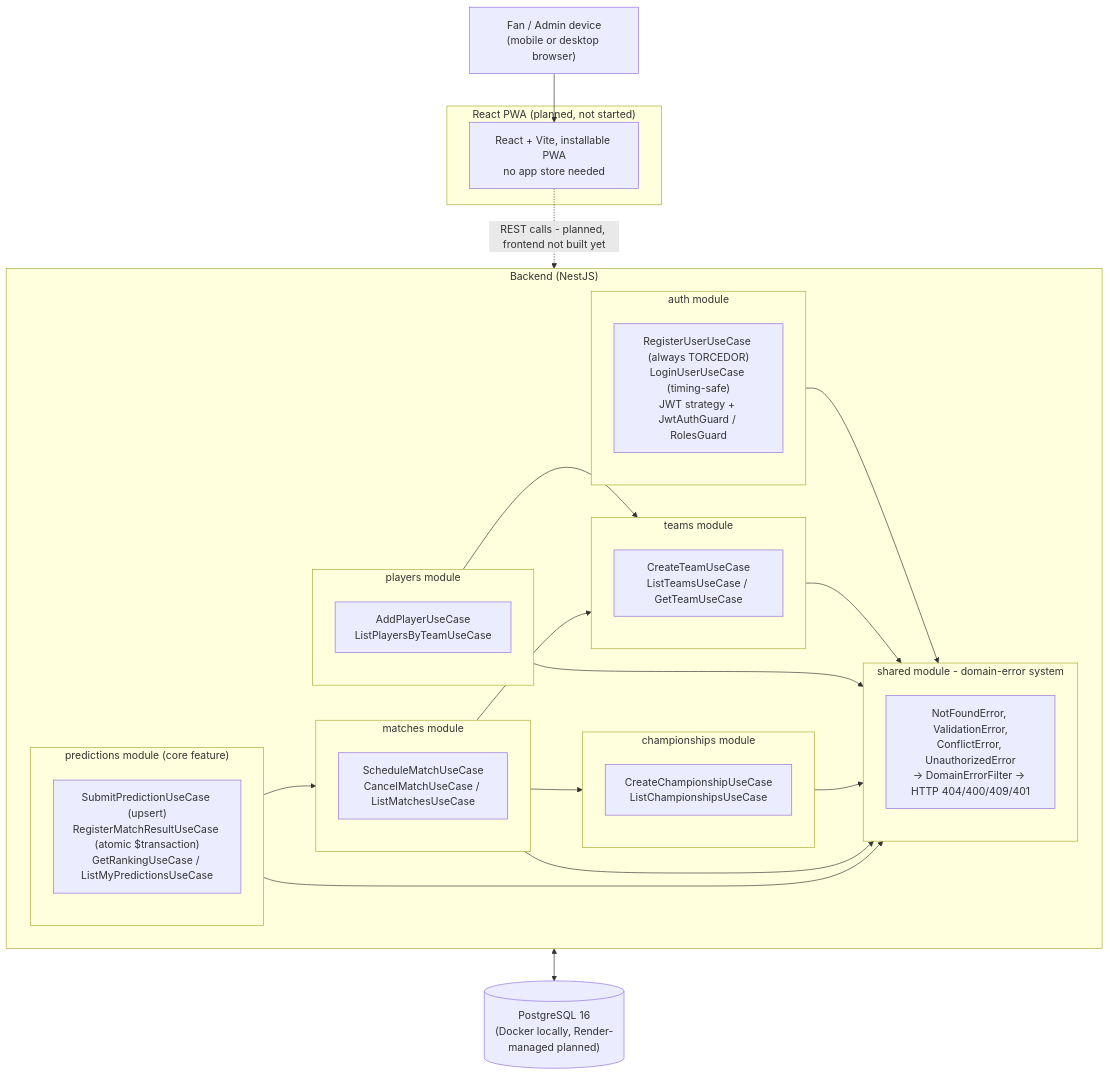
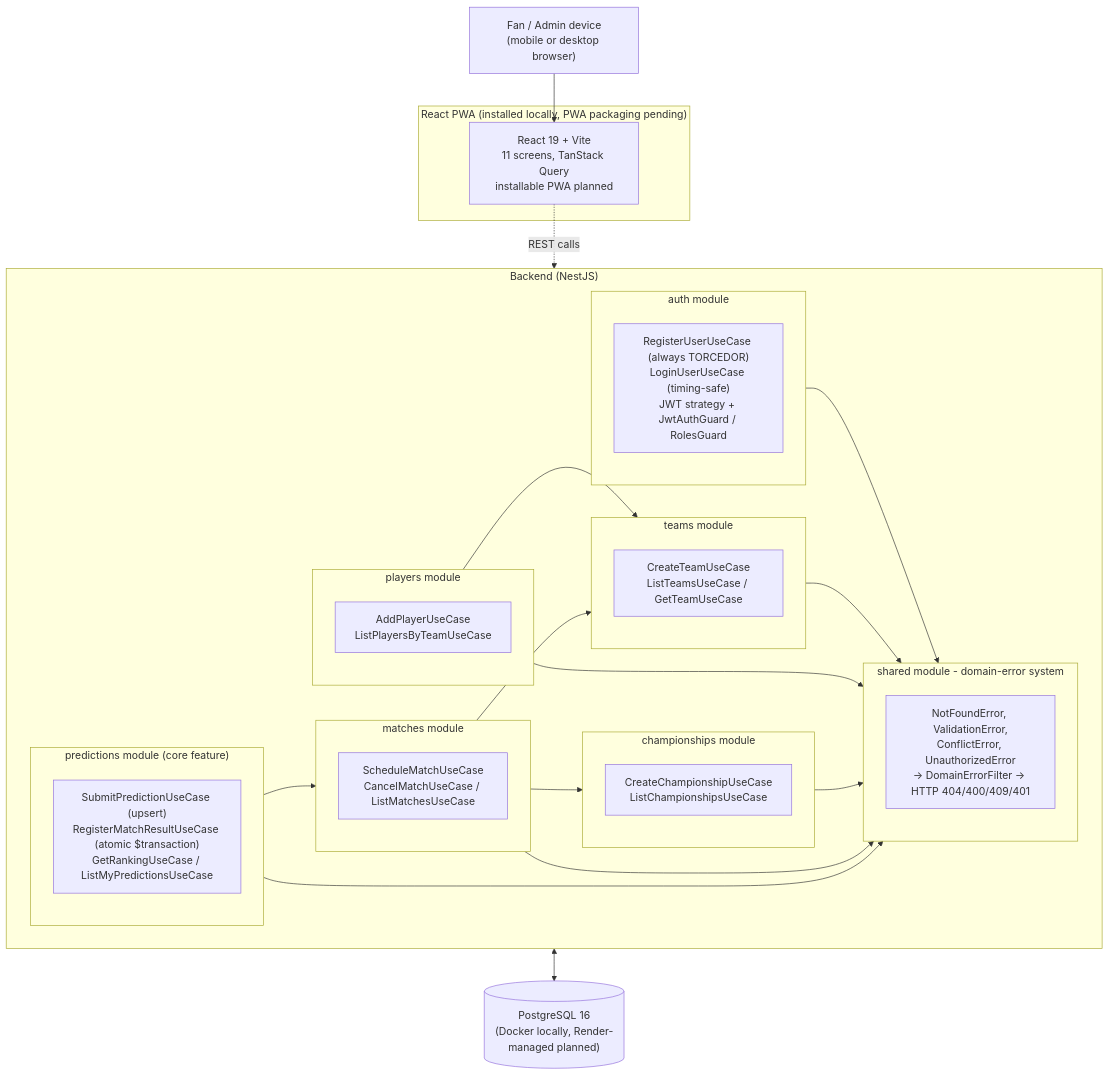
The diagram in docs/architecture.md (leodah20/vzbet), drawn with Mermaid before and after one commit. The commit also changed other lines of this file and 1 other file, not shown here.

Commit message:
docs: refresh planning and architecture docs to reflect the completed frontend

````diff
--- a/docs/architecture.md
+++ b/docs/architecture.md
@@ -10,48 +10,48 @@
 ```mermaid
 flowchart TB
     Device["Fan / Admin device\n(mobile or desktop browser)"]
 
-    subgraph Frontend["React PWA (planned, not started)"]
-        PWA["React + Vite, installable PWA\nno app store needed"]
+    subgraph Frontend["React PWA (installed locally, PWA packaging pending)"]
+        PWA["React 19 + Vite\n11 screens, TanStack Query\ninstallable PWA planned"]
     end
 
     subgraph API["Backend (NestJS)"]
         subgraph Auth["auth module"]
             AuthNode["RegisterUserUseCase (always TORCEDOR)\nLoginUserUseCase (timing-safe)\nJWT strategy + JwtAuthGuard / RolesGuard"]
         end
         subgraph Teams["teams module"]
             TeamsNode["CreateTeamUseCase\nListTeamsUseCase / GetTeamUseCase"]
         end
         subgraph Players["players module"]
             PlayersNode["AddPlayerUseCase\nListPlayersByTeamUseCase"]
         end
         subgraph Championships["championships module"]
             ChampsNode["CreateChampionshipUseCase\nListChampionshipsUseCase"]
         end
         subgraph Matches["matches module"]
             MatchesNode["ScheduleMatchUseCase\nCancelMatchUseCase / ListMatchesUseCase"]
         end
         subgraph Predictions["predictions module (core feature)"]
             PredictionsNode["SubmitPredictionUseCase (upsert)\nRegisterMatchResultUseCase (atomic $transaction)\nGetRankingUseCase / ListMyPredictionsUseCase"]
         end
         subgraph Shared["shared module - domain-error system"]
             SharedNode["NotFoundError, ValidationError,\nConflictError, UnauthorizedError\n-> DomainErrorFilter -> HTTP 404/400/409/401"]
         end
     end
 
     DB[("PostgreSQL 16\n(Docker locally, Render-managed planned)")]
 
     Device --> PWA
-    PWA -. "REST calls - planned, frontend not built yet" .-> API
+    PWA -. "REST calls" .-> API
     Players --> Teams
     Matches --> Teams
     Matches --> Championships
     Predictions --> Matches
     Auth --> Shared
     Teams --> Shared
     Players --> Shared
     Championships --> Shared
     Matches --> Shared
     Predictions --> Shared
     API <--> DB
 ```
````
